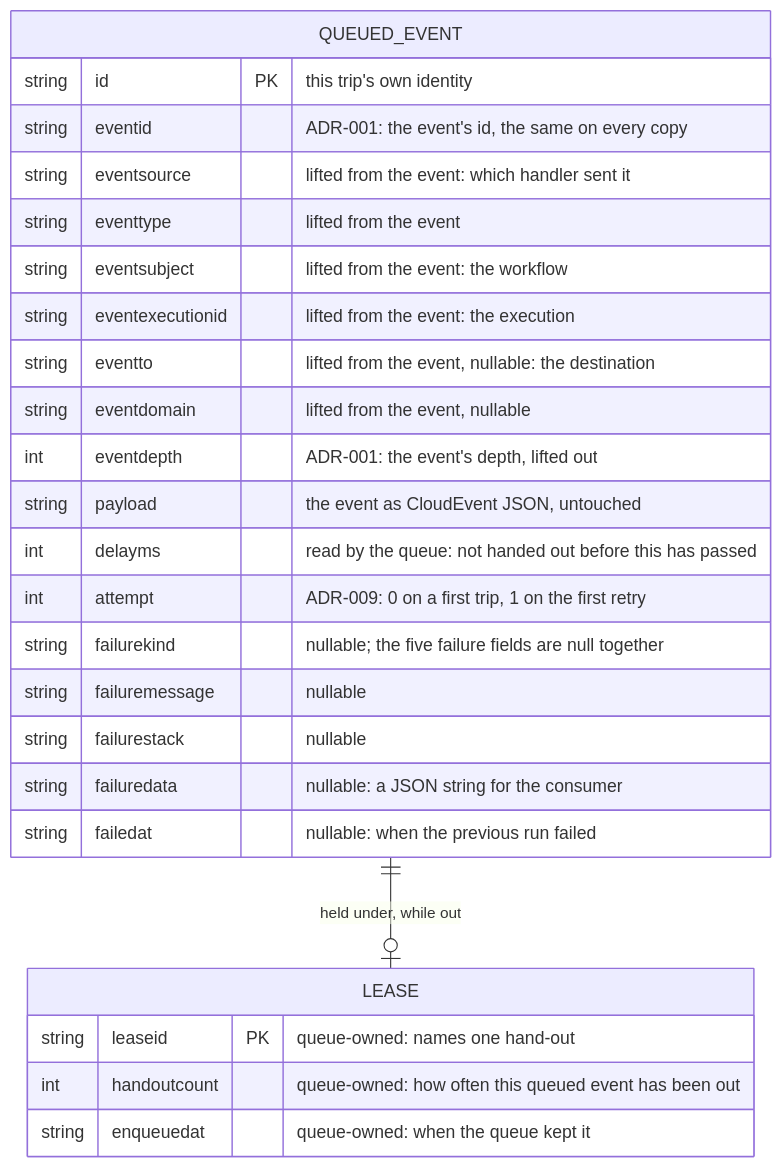
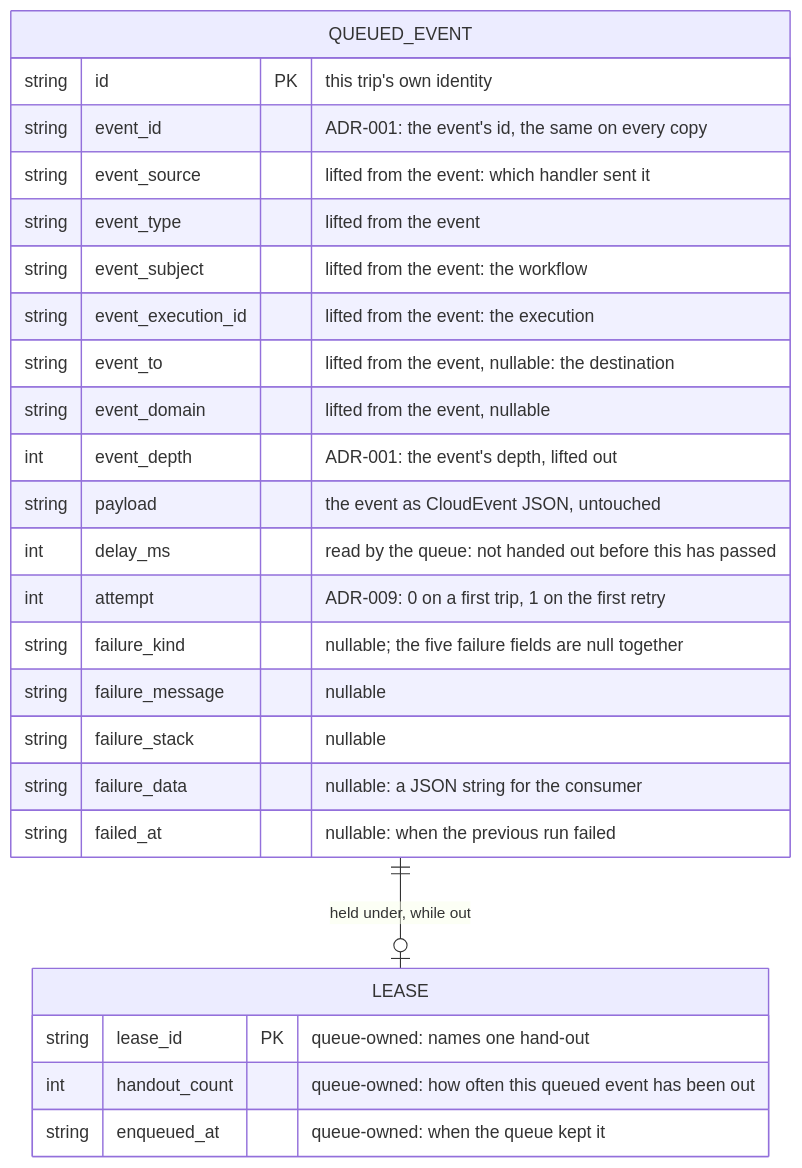
The first of 3 diagrams in docs/adr/021-queue.md (SaadAhmad123/arvo-core), drawn with Mermaid before and after one commit. The commit also changed other lines of this file, not shown here.

Commit message:
docs(adr): ADR-021's field names return to snake_case, as ADR-019 spells its own

````diff
--- a/docs/adr/021-queue.md
+++ b/docs/adr/021-queue.md
@@ -70,28 +70,28 @@
 ```mermaid
 erDiagram
     QUEUED_EVENT ||--o| LEASE : "held under, while out"
     QUEUED_EVENT {
-        string id                PK "this trip's own identity"
-        string eventid              "ADR-001: the event's id, the same on every copy"
-        string eventsource          "lifted from the event: which handler sent it"
-        string eventtype            "lifted from the event"
-        string eventsubject         "lifted from the event: the workflow"
-        string eventexecutionid     "lifted from the event: the execution"
-        string eventto              "lifted from the event, nullable: the destination"
-        string eventdomain          "lifted from the event, nullable"
-        int    eventdepth           "ADR-001: the event's depth, lifted out"
-        string payload              "the event as CloudEvent JSON, untouched"
-        int    delayms              "read by the queue: not handed out before this has passed"
-        int    attempt              "ADR-009: 0 on a first trip, 1 on the first retry"
-        string failurekind          "nullable; the five failure fields are null together"
-        string failuremessage       "nullable"
-        string failurestack         "nullable"
-        string failuredata          "nullable: a JSON string for the consumer"
-        string failedat             "nullable: when the previous run failed"
+        string id                  PK "this trip's own identity"
+        string event_id               "ADR-001: the event's id, the same on every copy"
+        string event_source           "lifted from the event: which handler sent it"
+        string event_type             "lifted from the event"
+        string event_subject          "lifted from the event: the workflow"
+        string event_execution_id     "lifted from the event: the execution"
+        string event_to               "lifted from the event, nullable: the destination"
+        string event_domain           "lifted from the event, nullable"
+        int    event_depth            "ADR-001: the event's depth, lifted out"
+        string payload                "the event as CloudEvent JSON, untouched"
+        int    delay_ms               "read by the queue: not handed out before this has passed"
+        int    attempt                "ADR-009: 0 on a first trip, 1 on the first retry"
+        string failure_kind           "nullable; the five failure fields are null together"
+        string failure_message        "nullable"
+        string failure_stack          "nullable"
+        string failure_data           "nullable: a JSON string for the consumer"
+        string failed_at              "nullable: when the previous run failed"
     }
     LEASE {
-        string leaseid           PK "queue-owned: names one hand-out"
-        int    handoutcount         "queue-owned: how often this queued event has been out"
-        string enqueuedat           "queue-owned: when the queue kept it"
+        string lease_id            PK "queue-owned: names one hand-out"
+        int    handout_count          "queue-owned: how often this queued event has been out"
+        string enqueued_at            "queue-owned: when the queue kept it"
     }
 ```
````
